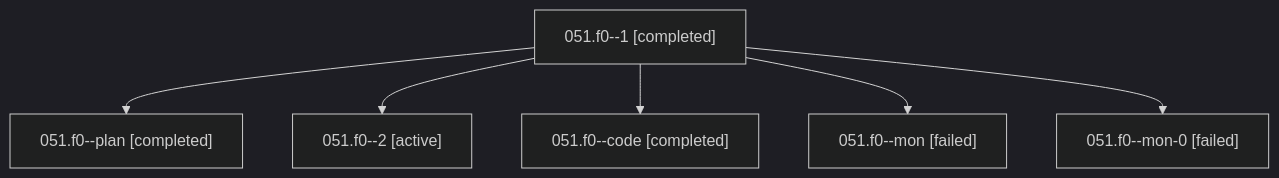
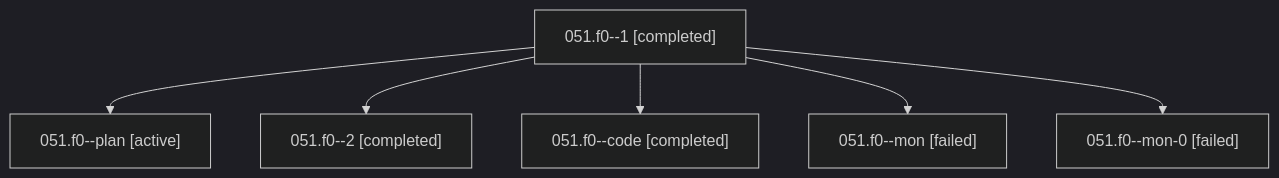
Before and after one commit to sase-org/sase--agents: the diagram in families/bbugyi200.athena.051.f0.md, drawn with Mermaid (dark theme). The commit also changed other lines of this file and 35830 other files, not shown here.

````diff
--- a/families/bbugyi200.athena.051.f0.md
+++ b/families/bbugyi200.athena.051.f0.md
@@ -9,14 +9,14 @@
 ```mermaid
 flowchart TD
   n0["051.f0--1 [completed]"]
-  n1["051.f0--plan [completed]"]
+  n1["051.f0--plan [active]"]
   n0 --> n1
-  n2["051.f0--2 [active]"]
+  n2["051.f0--2 [completed]"]
   n0 --> n2
   n3["051.f0--code [completed]"]
   n0 --> n3
   n4["051.f0--mon [failed]"]
   n0 --> n4
   n5["051.f0--mon-0 [failed]"]
   n0 --> n5
 ```
````
